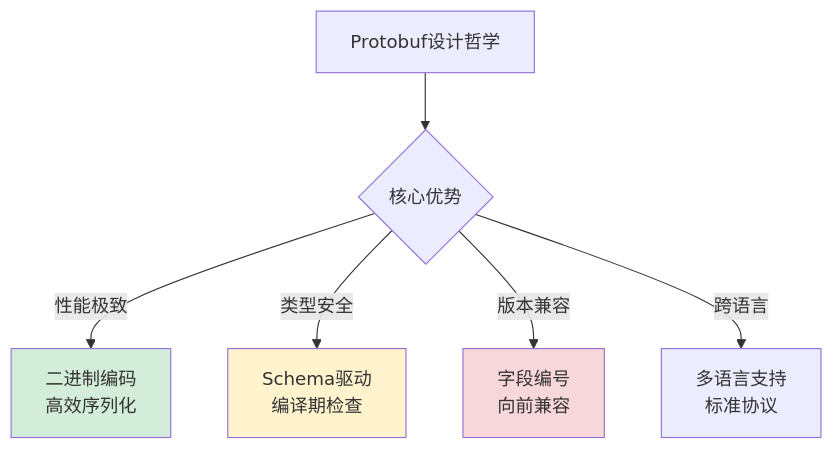
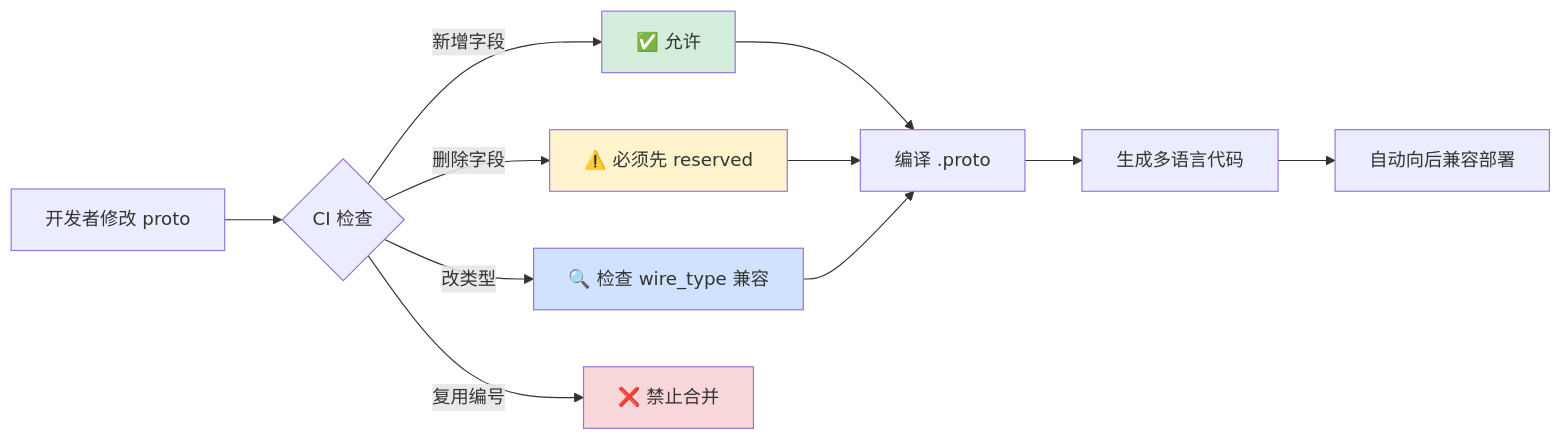
One commit to chongyang211/YCBookBlog changed diagram 16 of 24 in 00.通用技术的提升/02.程序编程原理/05.序列化数据的思想.md. Above: the diagram before and after it, drawn with Mermaid. The commit also changed other lines of this file and 6 other files, not shown here.

````diff
--- a/00.通用技术的提升/02.程序编程原理/05.序列化数据的思想.md
+++ b/00.通用技术的提升/02.程序编程原理/05.序列化数据的思想.md
@@ -1745,12 +1964,19 @@
 ```mermaid
-graph TB
-    A[Protobuf设计哲学] --> B{核心优势}
-    B -->|性能极致| C[二进制编码<br/>高效序列化]
-    B -->|类型安全| D[Schema驱动<br/>编译期检查]
-    B -->|版本兼容| E[字段编号<br/>向前兼容]
-    B -->|跨语言| F[多语言支持<br/>标准协议]
-    
-    style C fill:#d4edda
-    style D fill:#fff3cd
-    style E fill:#f8d7da
+flowchart LR
+    A[开发者修改 proto] --> B{CI 检查}
+    B -->|新增字段| B1[✅ 允许]
+    B -->|删除字段| B2[⚠️ 必须先 reserved]
+    B -->|改类型| B3[🔍 检查 wire_type 兼容]
+    B -->|复用编号| B4[❌ 禁止合并]
+
+    B1 --> C[编译 .proto]
+    B2 --> C
+    B3 --> C
+    C --> D[生成多语言代码]
+    D --> E[自动向后兼容部署]
+
+    style B1 fill:#d4edda
+    style B2 fill:#fff3cd
+    style B3 fill:#cfe2ff
+    style B4 fill:#f8d7da
 ```
````
